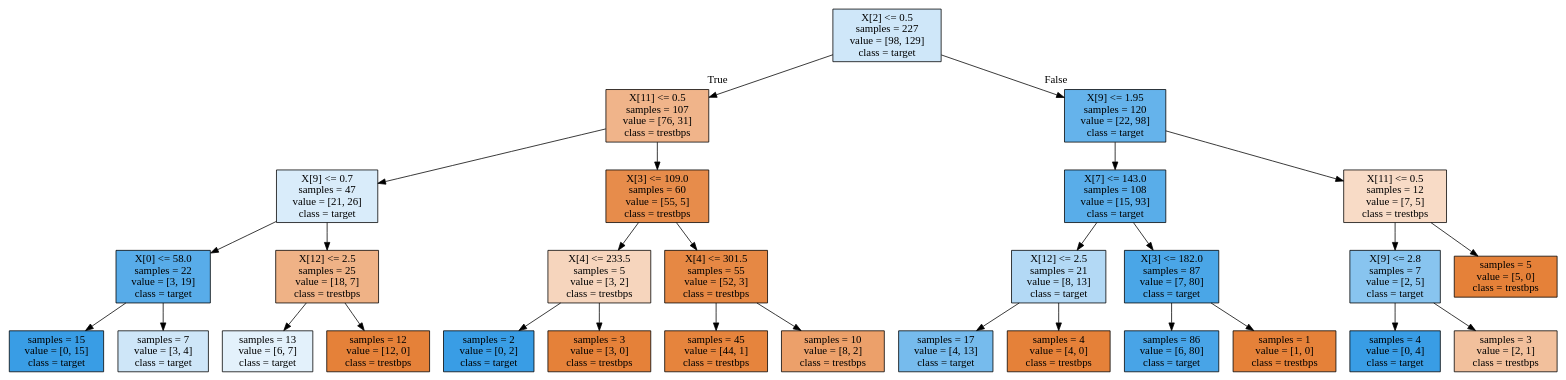
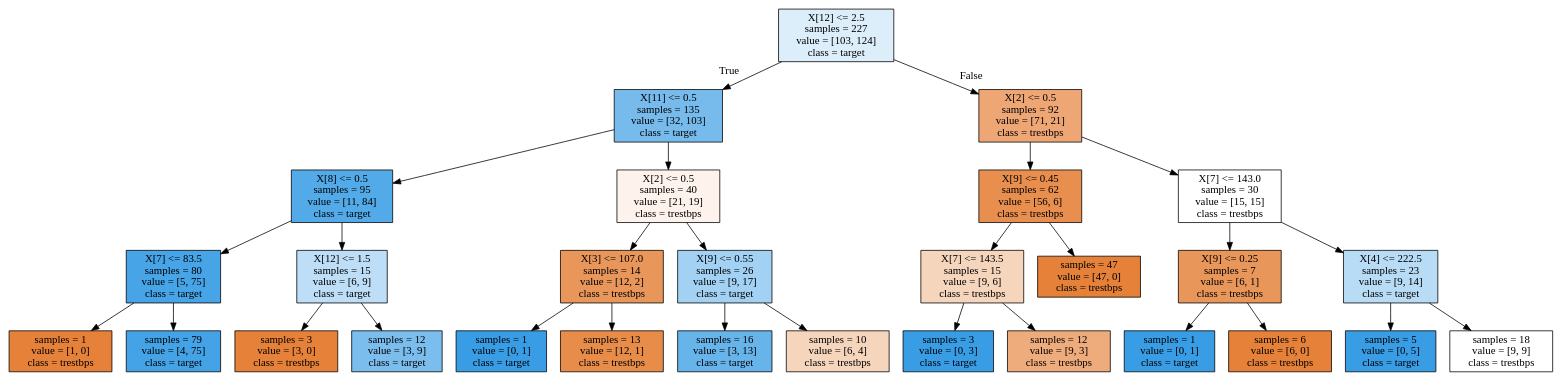
One commit to breadrock1/ML-labs changed the diagram in lab4/tree.dot. Above: the diagram before and after it, drawn with Graphviz. The commit also changed 2 other files, not shown here.

```diff
--- a/lab4/tree.dot
+++ b/lab4/tree.dot
@@ -1,60 +1,60 @@
 digraph Tree {
 node [shape=box, style="filled", color="black"] ;
-0 [label="X[2] <= 0.5\nsamples = 227\nvalue = [98, 129]\nclass = target", fillcolor="#cfe7f9"] ;
-1 [label="X[11] <= 0.5\nsamples = 107\nvalue = [76, 31]\nclass = trestbps", fillcolor="#f0b48a"] ;
+0 [label="X[12] <= 2.5\nsamples = 227\nvalue = [103, 124]\nclass = target", fillcolor="#ddeefb"] ;
+1 [label="X[11] <= 0.5\nsamples = 135\nvalue = [32, 103]\nclass = target", fillcolor="#77bbed"] ;
 0 -> 1 [labeldistance=2.5, labelangle=45, headlabel="True"] ;
-2 [label="X[9] <= 0.7\nsamples = 47\nvalue = [21, 26]\nclass = target", fillcolor="#d9ecfa"] ;
+2 [label="X[8] <= 0.5\nsamples = 95\nvalue = [11, 84]\nclass = target", fillcolor="#53aae8"] ;
 1 -> 2 ;
-3 [label="X[0] <= 58.0\nsamples = 22\nvalue = [3, 19]\nclass = target", fillcolor="#58ace9"] ;
+3 [label="X[7] <= 83.5\nsamples = 80\nvalue = [5, 75]\nclass = target", fillcolor="#46a4e7"] ;
 2 -> 3 ;
-4 [label="samples = 15\nvalue = [0, 15]\nclass = target", fillcolor="#399de5"] ;
+4 [label="samples = 1\nvalue = [1, 0]\nclass = trestbps", fillcolor="#e58139"] ;
 3 -> 4 ;
-5 [label="samples = 7\nvalue = [3, 4]\nclass = target", fillcolor="#cee6f8"] ;
+5 [label="samples = 79\nvalue = [4, 75]\nclass = target", fillcolor="#44a2e6"] ;
 3 -> 5 ;
-6 [label="X[12] <= 2.5\nsamples = 25\nvalue = [18, 7]\nclass = trestbps", fillcolor="#efb286"] ;
+6 [label="X[12] <= 1.5\nsamples = 15\nvalue = [6, 9]\nclass = target", fillcolor="#bddef6"] ;
 2 -> 6 ;
-7 [label="samples = 13\nvalue = [6, 7]\nclass = target", fillcolor="#e3f1fb"] ;
+7 [label="samples = 3\nvalue = [3, 0]\nclass = trestbps", fillcolor="#e58139"] ;
 6 -> 7 ;
-8 [label="samples = 12\nvalue = [12, 0]\nclass = trestbps", fillcolor="#e58139"] ;
+8 [label="samples = 12\nvalue = [3, 9]\nclass = target", fillcolor="#7bbeee"] ;
 6 -> 8 ;
-9 [label="X[3] <= 109.0\nsamples = 60\nvalue = [55, 5]\nclass = trestbps", fillcolor="#e78c4b"] ;
+9 [label="X[2] <= 0.5\nsamples = 40\nvalue = [21, 19]\nclass = trestbps", fillcolor="#fdf3ec"] ;
 1 -> 9 ;
-10 [label="X[4] <= 233.5\nsamples = 5\nvalue = [3, 2]\nclass = trestbps", fillcolor="#f6d5bd"] ;
+10 [label="X[3] <= 107.0\nsamples = 14\nvalue = [12, 2]\nclass = trestbps", fillcolor="#e9965a"] ;
 9 -> 10 ;
-11 [label="samples = 2\nvalue = [0, 2]\nclass = target", fillcolor="#399de5"] ;
+11 [label="samples = 1\nvalue = [0, 1]\nclass = target", fillcolor="#399de5"] ;
 10 -> 11 ;
-12 [label="samples = 3\nvalue = [3, 0]\nclass = trestbps", fillcolor="#e58139"] ;
+12 [label="samples = 13\nvalue = [12, 1]\nclass = trestbps", fillcolor="#e78c49"] ;
 10 -> 12 ;
-13 [label="X[4] <= 301.5\nsamples = 55\nvalue = [52, 3]\nclass = trestbps", fillcolor="#e68844"] ;
+13 [label="X[9] <= 0.55\nsamples = 26\nvalue = [9, 17]\nclass = target", fillcolor="#a2d1f3"] ;
 9 -> 13 ;
-14 [label="samples = 45\nvalue = [44, 1]\nclass = trestbps", fillcolor="#e6843d"] ;
+14 [label="samples = 16\nvalue = [3, 13]\nclass = target", fillcolor="#67b4eb"] ;
 13 -> 14 ;
-15 [label="samples = 10\nvalue = [8, 2]\nclass = trestbps", fillcolor="#eca06a"] ;
+15 [label="samples = 10\nvalue = [6, 4]\nclass = trestbps", fillcolor="#f6d5bd"] ;
 13 -> 15 ;
-16 [label="X[9] <= 1.95\nsamples = 120\nvalue = [22, 98]\nclass = target", fillcolor="#65b3eb"] ;
+16 [label="X[2] <= 0.5\nsamples = 92\nvalue = [71, 21]\nclass = trestbps", fillcolor="#eda674"] ;
 0 -> 16 [labeldistance=2.5, labelangle=-45, headlabel="False"] ;
-17 [label="X[7] <= 143.0\nsamples = 108\nvalue = [15, 93]\nclass = target", fillcolor="#59ade9"] ;
+17 [label="X[9] <= 0.45\nsamples = 62\nvalue = [56, 6]\nclass = trestbps", fillcolor="#e88e4e"] ;
 16 -> 17 ;
-18 [label="X[12] <= 2.5\nsamples = 21\nvalue = [8, 13]\nclass = target", fillcolor="#b3d9f5"] ;
+18 [label="X[7] <= 143.5\nsamples = 15\nvalue = [9, 6]\nclass = trestbps", fillcolor="#f6d5bd"] ;
 17 -> 18 ;
-19 [label="samples = 17\nvalue = [4, 13]\nclass = target", fillcolor="#76bbed"] ;
+19 [label="samples = 3\nvalue = [0, 3]\nclass = target", fillcolor="#399de5"] ;
 18 -> 19 ;
-20 [label="samples = 4\nvalue = [4, 0]\nclass = trestbps", fillcolor="#e58139"] ;
+20 [label="samples = 12\nvalue = [9, 3]\nclass = trestbps", fillcolor="#eeab7b"] ;
 18 -> 20 ;
-21 [label="X[3] <= 182.0\nsamples = 87\nvalue = [7, 80]\nclass = target", fillcolor="#4aa6e7"] ;
+21 [label="samples = 47\nvalue = [47, 0]\nclass = trestbps", fillcolor="#e58139"] ;
 17 -> 21 ;
-22 [label="samples = 86\nvalue = [6, 80]\nclass = target", fillcolor="#48a4e7"] ;
-21 -> 22 ;
-23 [label="samples = 1\nvalue = [1, 0]\nclass = trestbps", fillcolor="#e58139"] ;
-21 -> 23 ;
-24 [label="X[11] <= 0.5\nsamples = 12\nvalue = [7, 5]\nclass = trestbps", fillcolor="#f8dbc6"] ;
-16 -> 24 ;
-25 [label="X[9] <= 2.8\nsamples = 7\nvalue = [2, 5]\nclass = target", fillcolor="#88c4ef"] ;
-24 -> 25 ;
-26 [label="samples = 4\nvalue = [0, 4]\nclass = target", fillcolor="#399de5"] ;
-25 -> 26 ;
-27 [label="samples = 3\nvalue = [2, 1]\nclass = trestbps", fillcolor="#f2c09c"] ;
-25 -> 27 ;
-28 [label="samples = 5\nvalue = [5, 0]\nclass = trestbps", fillcolor="#e58139"] ;
-24 -> 28 ;
+22 [label="X[7] <= 143.0\nsamples = 30\nvalue = [15, 15]\nclass = trestbps", fillcolor="#ffffff"] ;
+16 -> 22 ;
+23 [label="X[9] <= 0.25\nsamples = 7\nvalue = [6, 1]\nclass = trestbps", fillcolor="#e9965a"] ;
+22 -> 23 ;
+24 [label="samples = 1\nvalue = [0, 1]\nclass = target", fillcolor="#399de5"] ;
+23 -> 24 ;
+25 [label="samples = 6\nvalue = [6, 0]\nclass = trestbps", fillcolor="#e58139"] ;
+23 -> 25 ;
+26 [label="X[4] <= 222.5\nsamples = 23\nvalue = [9, 14]\nclass = target", fillcolor="#b8dcf6"] ;
+22 -> 26 ;
+27 [label="samples = 5\nvalue = [0, 5]\nclass = target", fillcolor="#399de5"] ;
+26 -> 27 ;
+28 [label="samples = 18\nvalue = [9, 9]\nclass = trestbps", fillcolor="#ffffff"] ;
+26 -> 28 ;
 }
```
